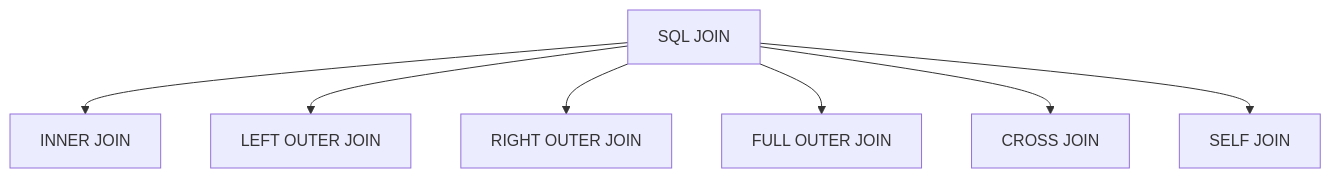
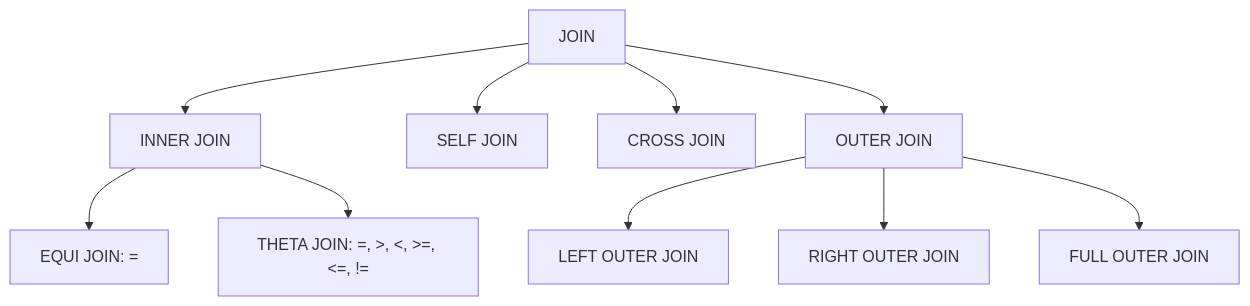
Before and after one commit to myPlutoZone/com.plutozone.knowledge: the first of 7 diagrams in com/plutozone/knowledge/database/README.md, drawn with Mermaid. The commit also changed other lines of this file, not shown here.

````diff
--- a/com/plutozone/knowledge/database/README.md
+++ b/com/plutozone/knowledge/database/README.md
@@ -239,11 +234,16 @@
 ```mermaid
 flowchart TD
-    JOIN[SQL JOIN]
+JOIN[JOIN]
 
-    JOIN --> INNER[INNER JOIN]
-    JOIN --> LEFT[LEFT OUTER JOIN]
-    JOIN --> RIGHT[RIGHT OUTER JOIN]
-    JOIN --> FULL[FULL OUTER JOIN]
-    JOIN --> CROSS[CROSS JOIN]
-    JOIN --> SELF[SELF JOIN]
+JOIN --> INNER[INNER JOIN]
+JOIN --> SELF[SELF JOIN]
+JOIN --> CROSS[CROSS JOIN]
+JOIN --> OUTER[OUTER JOIN]
+
+INNER --> EQUI[EQUI JOIN: =]
+INNER --> THETA[THETA JOIN: =, >, <, >=, <=, !=]
+
+OUTER --> LEFT[LEFT OUTER JOIN]
+OUTER --> RIGHT[RIGHT OUTER JOIN]
+OUTER --> FULL[FULL OUTER JOIN]
 ```
````
